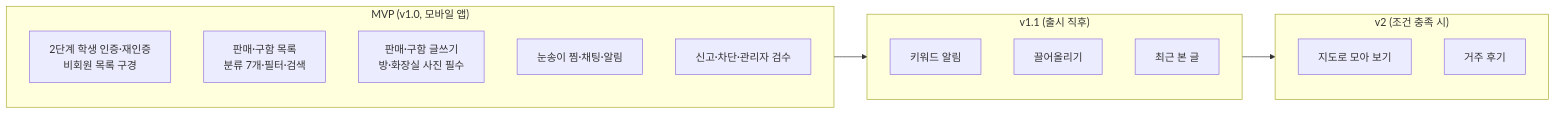
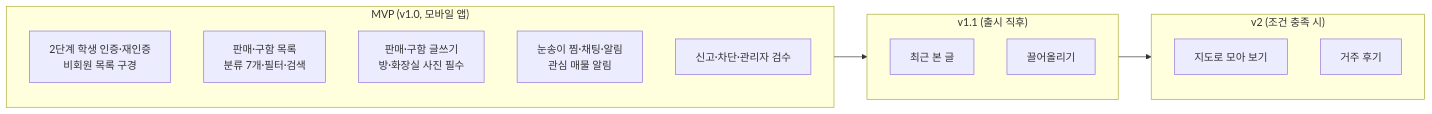
Before and after one commit to yuna14742/sookbak-sookbak: the second of 4 diagrams in waterfall/00-기획/서비스기획서.md, drawn with Mermaid. The commit also changed other lines of this file and 1 other file, not shown here.

````diff
--- a/waterfall/00-기획/서비스기획서.md
+++ b/waterfall/00-기획/서비스기획서.md
@@ -405,27 +409,26 @@
 ```mermaid
 flowchart LR
     subgraph MVP["MVP (v1.0, 모바일 앱)"]
         direction TB
         F1["2단계 학생 인증·재인증<br/>비회원 목록 구경"]
         F2["판매·구함 목록<br/>분류 7개·필터·검색"]
         F3["판매·구함 글쓰기<br/>방·화장실 사진 필수"]
-        F4["눈송이 찜·채팅·알림"]
+        F4["눈송이 찜·채팅·알림<br/>관심 매물 알림"]
         F5["신고·차단·관리자 검수"]
     end
 
     subgraph V11["v1.1 (출시 직후)"]
         direction TB
-        F6["키워드 알림"]
+        F6["최근 본 글"]
         F7["끌어올리기"]
-        F8["최근 본 글"]
     end
 
     subgraph V2["v2 (조건 충족 시)"]
         direction TB
         F9["지도로 모아 보기"]
         F10["거주 후기"]
     end
 
     MVP --> V11
     V11 --> V2
 ```
````
